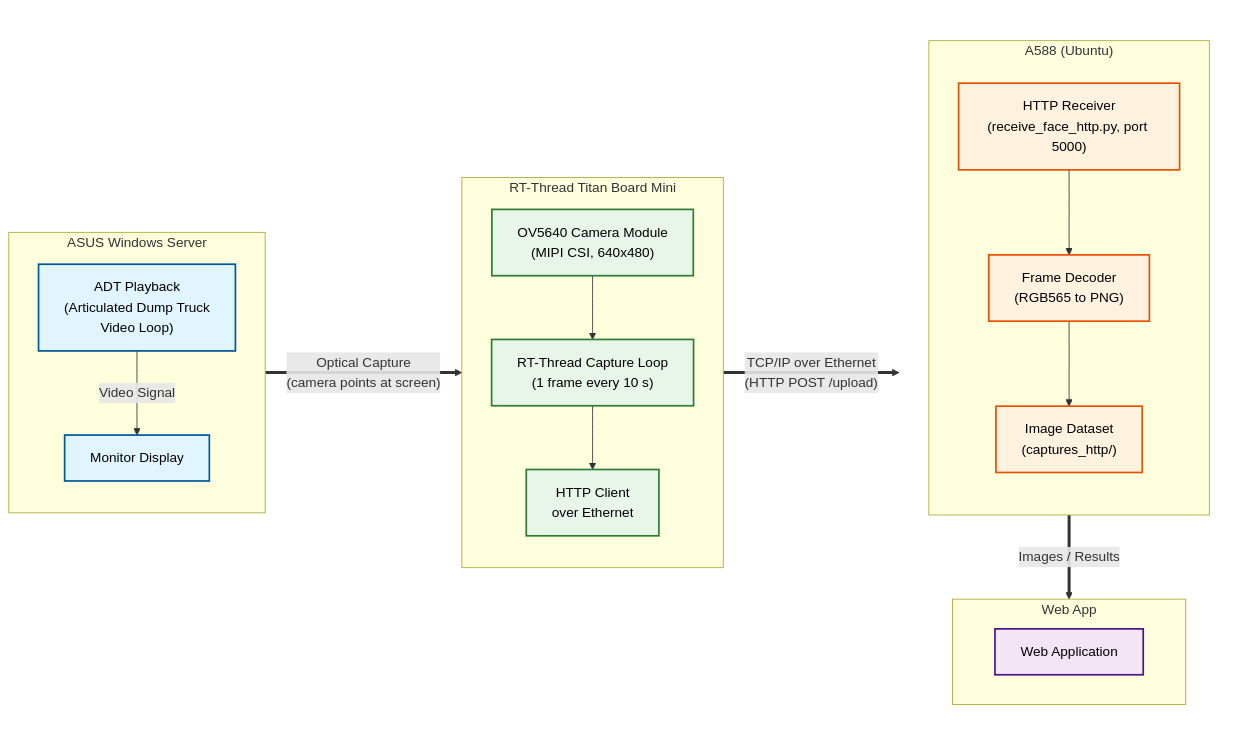
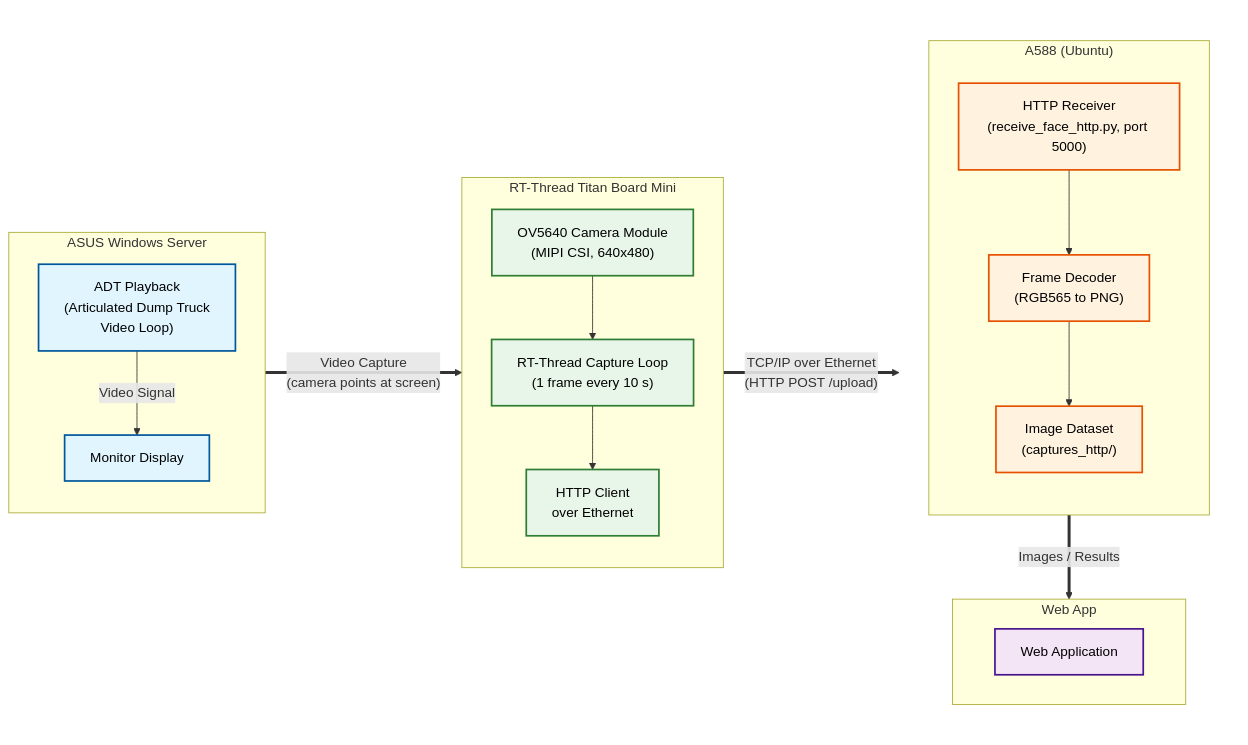
One commit to Lingkail-Sdn-Bhd/titan_app changed the diagram in README.md. Above: the diagram before and after it, drawn with Mermaid.

````diff
--- a/README.md
+++ b/README.md
@@ -39,51 +39,51 @@
 ```mermaid
 flowchart LR
     %% Styling
     classDef windows fill:#e1f5fe,stroke:#01579b,stroke-width:2px,color:#000;
     classDef titan fill:#e8f5e9,stroke:#2e7d32,stroke-width:2px,color:#000;
     classDef ubuntu fill:#fff3e0,stroke:#e65100,stroke-width:2px,color:#000;
     classDef web fill:#f3e5f5,stroke:#4a148c,stroke-width:2px,color:#000;
 
     subgraph ASUS_Server ["ASUS Windows Server"]
         direction TB
         ADT_Playback["ADT Playback<br/>(Articulated Dump Truck<br/>Video Loop)"]
         Monitor["Monitor Display"]
         ADT_Playback -->|"Video Signal"| Monitor
     end
 
     subgraph Titan_Board ["RT-Thread Titan Board Mini"]
         direction TB
         Camera_Mod["OV5640 Camera Module<br/>(MIPI CSI, 640x480)"]
         Capture_Loop["RT-Thread Capture Loop<br/>(1 frame every 10 s)"]
         Titan_ETH["HTTP Client<br/>over Ethernet"]
         Camera_Mod --> Capture_Loop --> Titan_ETH
     end
 
     subgraph Right_Column [" "]
         direction TB
 
         subgraph Ubuntu_Host ["A588 (Ubuntu)"]
             direction TB
             Receiver["HTTP Receiver<br/>(receive_face_http.py, port 5000)"]
             Converter["Frame Decoder<br/>(RGB565 to PNG)"]
             Storage["Image Dataset<br/>(captures_http/)"]
             Receiver --> Converter --> Storage
         end
 
         subgraph Web_Layer ["Web App"]
             WebApp["Web Application"]
         end
 
         Ubuntu_Host ==>|"Images / Results"| Web_Layer
     end
 
-    ASUS_Server ==>|"Optical Capture<br/>(camera points at screen)"| Titan_Board
+    ASUS_Server ==>|"Video Capture<br/>(camera points at screen)"| Titan_Board
     Titan_Board ==>|"TCP/IP over Ethernet<br/>(HTTP POST /upload)"| Right_Column
 
     %% Apply Styles
     class ADT_Playback,Monitor windows;
     class Camera_Mod,Capture_Loop,Titan_ETH titan;
     class Receiver,Converter,Storage ubuntu;
     class WebApp web;
     style Right_Column fill:none,stroke:none
 ```
````
